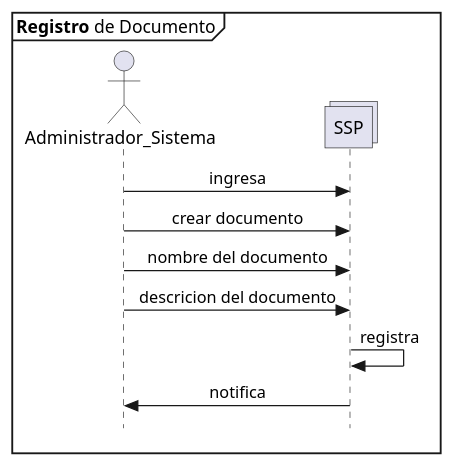
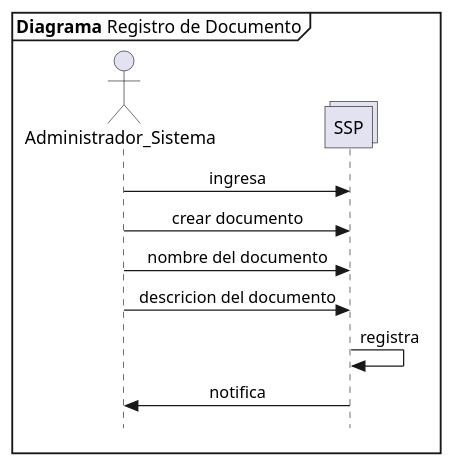
One commit to n1m0d0/defdiag changed the diagram in propuesta SSP/13 registro documento.plantuml. Above: the diagram before and after it, drawn with PlantUML. The commit also changed 14 other files, not shown here.

Commit message:
cambio de nombres de diagramas

```diff
--- a/propuesta SSP/13 registro documento.plantuml
+++ b/propuesta SSP/13 registro documento.plantuml
@@ -1,17 +1,17 @@
 @startuml Registrar_Documento
 skinparam Style strictuml
 skinparam SequenceMessageAlignment center
 
-mainframe **Registro** de Documento
+mainframe **Diagrama** Registro de Documento
 
 actor Administrador_Sistema as admin
 collections SSP 
 
 admin -> SSP : ingresa
 admin -> SSP : crear documento
 admin -> SSP : nombre del documento
 admin -> SSP : descricion del documento
 SSP -> SSP : registra
 SSP -> admin : notifica 
 
 @enduml
```
